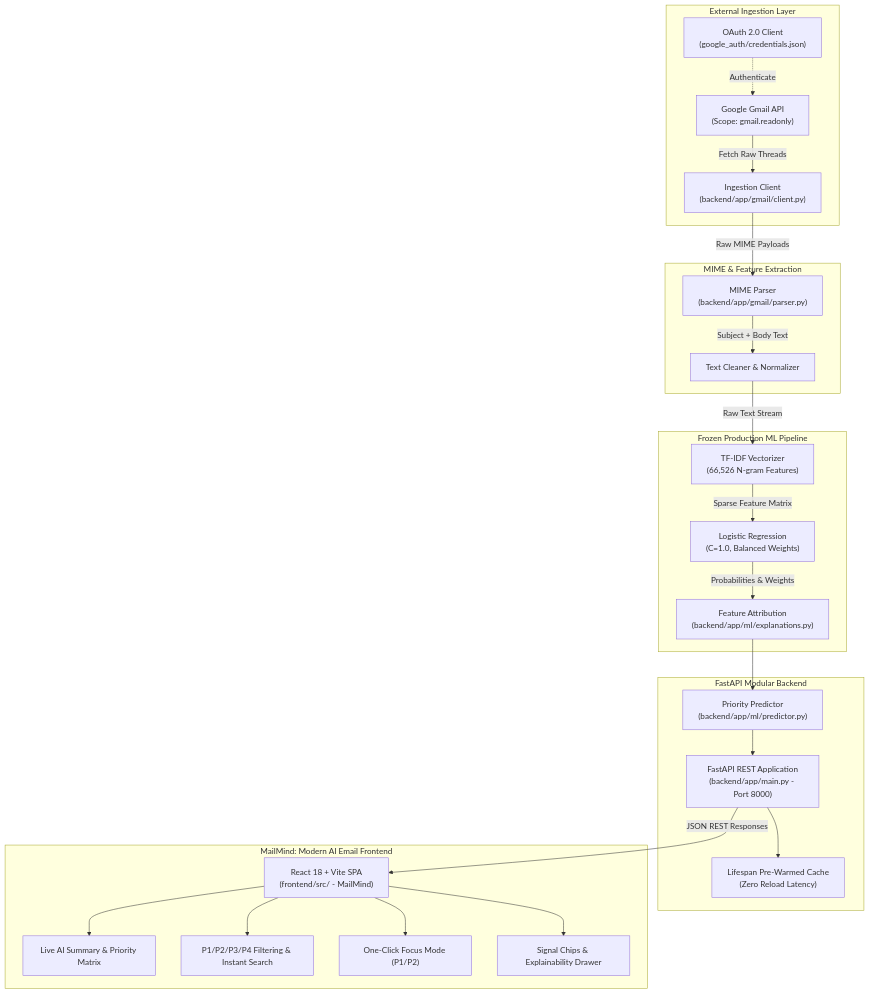
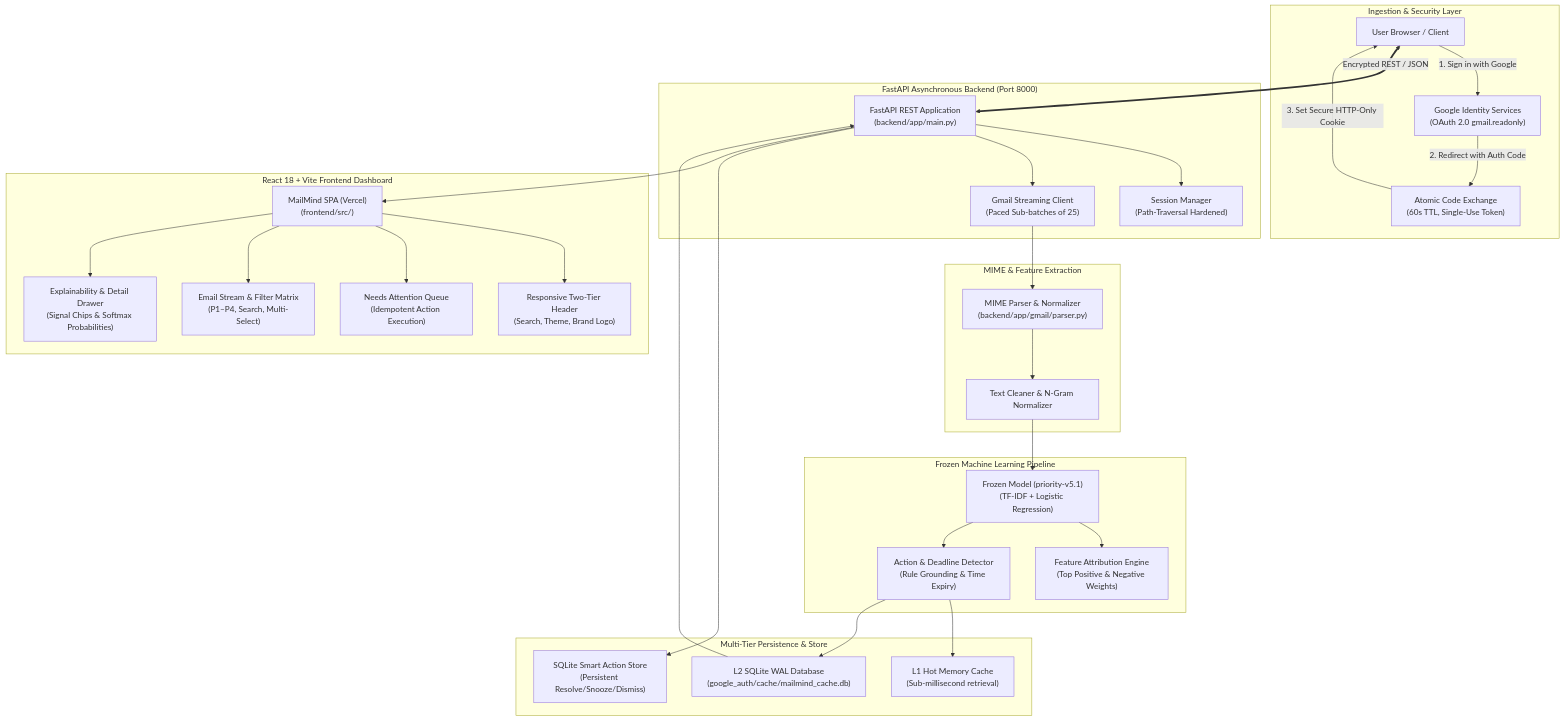
The first of 2 diagrams in README.md (Babul-Kumar/MailMind), drawn with Mermaid before and after one commit. The commit also changed other lines of this file and 10 other files, not shown here.

````diff
--- a/README.md
+++ b/README.md
@@ -31,34 +52,59 @@
 ```mermaid
 flowchart TD
-    subgraph "External Ingestion Layer"
-        Gmail["Google Gmail API<br/>(Scope: gmail.readonly)"]
-        OAuth["OAuth 2.0 Client<br/>(google_auth/credentials.json)"]
-        Gmail -->|Fetch Raw Threads| Ingest["Ingestion Client<br/>(backend/app/gmail/client.py)"]
-        OAuth -.->|Authenticate| Gmail
+    subgraph "Ingestion & Security Layer"
+        User["User Browser / Client"]
+        Google["Google Identity Services<br/>(OAuth 2.0 gmail.readonly)"]
+        Handoff["Atomic Code Exchange<br/>(60s TTL, Single-Use Token)"]
+        User -->|1. Sign in with Google| Google
+        Google -->|2. Redirect with Auth Code| Handoff
+        Handoff -->|3. Set Secure HTTP-Only Cookie| User
+    end
+
+    subgraph "FastAPI Asynchronous Backend (Port 8000)"
+        API["FastAPI REST Application<br/>(backend/app/main.py)"]
+        Session["Session Manager<br/>(Path-Traversal Hardened)"]
+        Client["Gmail Streaming Client<br/>(Paced Sub-batches of 25)"]
+        API --> Session
+        API --> Client
     end
 
     subgraph "MIME & Feature Extraction"
-        Ingest -->|Raw MIME Payloads| Parser["MIME Parser<br/>(backend/app/gmail/parser.py)"]
-        Parser -->|Subject + Body Text| Preprocess["Text Cleaner & Normalizer"]
+        Parser["MIME Parser & Normalizer<br/>(backend/app/gmail/parser.py)"]
+        Clean["Text Cleaner & N-Gram Normalizer"]
+        Client --> Parser --> Clean
     end
 
-    subgraph "Frozen Production ML Pipeline"
-        Preprocess -->|Raw Text Stream| Vectorizer["TF-IDF Vectorizer<br/>(66,526 N-gram Features)"]
-        Vectorizer -->|Sparse Feature Matrix| Classifier["Logistic Regression<br/>(C=1.0, Balanced Weights)"]
-        Classifier -->|Probabilities & Weights| Attribution["Feature Attribution<br/>(backend/app/ml/explanations.py)"]
+    subgraph "Frozen Machine Learning Pipeline"
+        Model["Frozen Model (priority-v5.1)<br/>(TF-IDF + Logistic Regression)"]
+        Explainer["Feature Attribution Engine<br/>(Top Positive & Negative Weights)"]
+        ActionEngine["Action & Deadline Detector<br/>(Rule Grounding & Time Expiry)"]
+        Clean --> Model
+        Model --> Explainer
+        Model --> ActionEngine
     end
 
-    subgraph "FastAPI Modular Backend"
-        Attribution --> Predictor["Priority Predictor<br/>(backend/app/ml/predictor.py)"]
-        Predictor --> API["FastAPI REST Application<br/>(backend/app/main.py - Port 8000)"]
-        API --> Lifespan["Lifespan Pre-Warmed Cache<br/>(Zero Reload Latency)"]
+    subgraph "Multi-Tier Persistence & Store"
+        L1["L1 Hot Memory Cache<br/>(Sub-millisecond retrieval)"]
+        L2["L2 SQLite WAL Database<br/>(google_auth/cache/mailmind_cache.db)"]
+        Actions["SQLite Smart Action Store<br/>(Persistent Resolve/Snooze/Dismiss)"]
+        ActionEngine --> L1
+        ActionEngine --> L2
+        API --> Actions
     end
 
-    subgraph "MailMind: Modern AI Email Frontend"
-        API -->|JSON REST Responses| Dashboard["React 18 + Vite SPA<br/>(frontend/src/ - MailMind)"]
-        Dashboard --> Triage["Live AI Summary & Priority Matrix"]
-        Dashboard --> Filters["P1/P2/P3/P4 Filtering & Instant Search"]
-        Dashboard --> Focus["One-Click Focus Mode (P1/P2)"]
-        Dashboard --> Explain["Signal Chips & Explainability Drawer"]
+    subgraph "React 18 + Vite Frontend Dashboard"
+        Dashboard["MailMind SPA (Vercel)<br/>(frontend/src/)"]
+        TopBar["Responsive Two-Tier Header<br/>(Search, Theme, Brand Logo)"]
+        Queue["Needs Attention Queue<br/>(Idempotent Action Execution)"]
+        List["Email Stream & Filter Matrix<br/>(P1–P4, Search, Multi-Select)"]
+        Drawer["Explainability & Detail Drawer<br/>(Signal Chips & Softmax Probabilities)"]
+        Dashboard --> TopBar
+        Dashboard --> Queue
+        Dashboard --> List
+        Dashboard --> Drawer
     end
+
+    User <==>|Encrypted REST / JSON| API
+    L2 --> API
+    API --> Dashboard
 ```
````
